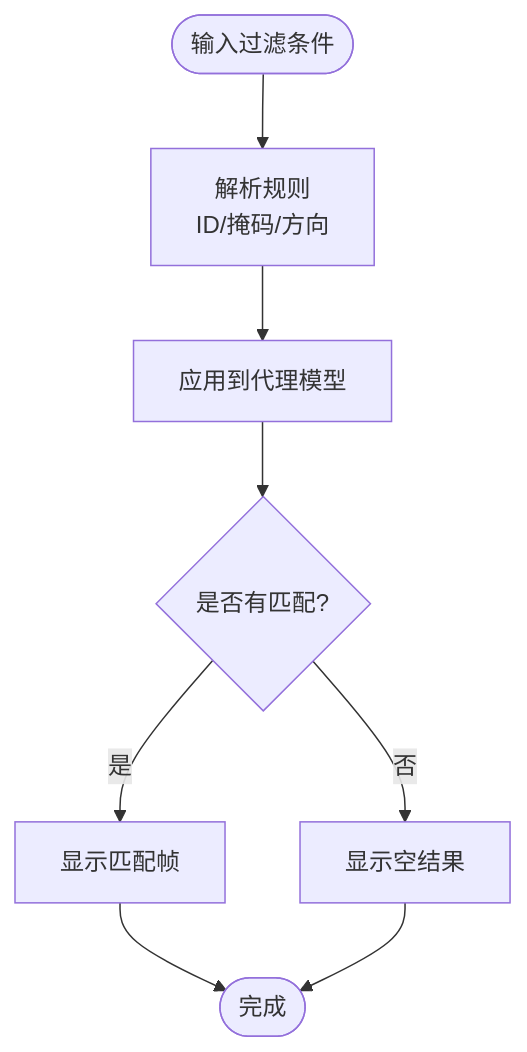
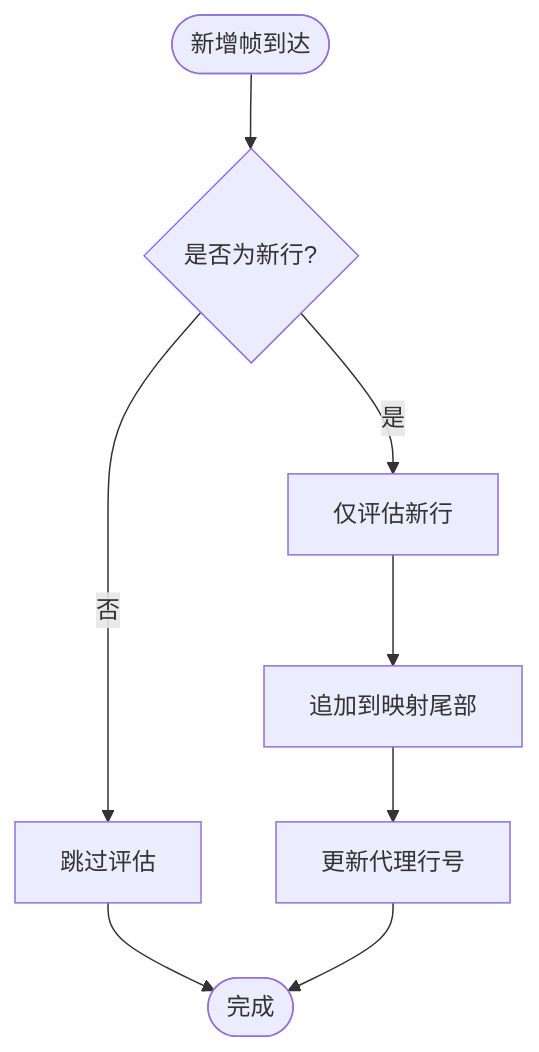
One commit to jakecai1225-design/OpenBus changed the fourth of 8 diagrams in .qoder/repowiki/zh/content/项目概述/CAN总线分析工具.md. Above: the diagram before and after it, drawn with Mermaid. The commit also changed other lines of this file and 22 other files, not shown here.

Commit message:
trace graphic

````diff
--- a/.qoder/repowiki/zh/content/项目概述/CAN总线分析工具.md
+++ b/.qoder/repowiki/zh/content/项目概述/CAN总线分析工具.md
@@ -654,10 +663,10 @@
 ```mermaid
 flowchart TD
-Start(["输入过滤条件"]) --> Parse["解析规则<br/>ID/掩码/方向"]
-Parse --> Apply["应用到代理模型"]
-Apply --> Check{"是否有匹配?"}
-Check --> |是| Show["显示匹配帧"]
-Check --> |否| Empty["显示空结果"]
-Show --> End(["完成"])
-Empty --> End
+Start(["新增帧到达"]) --> CheckNew{"是否为新行?"}
+CheckNew --> |是| EvaluateNew["仅评估新行"]
+CheckNew --> |否| SkipEval["跳过评估"]
+EvaluateNew --> AppendMap["追加到映射尾部"]
+AppendMap --> UpdateProxy["更新代理行号"]
+SkipEval --> End(["完成"])
+UpdateProxy --> End
 ```
````
